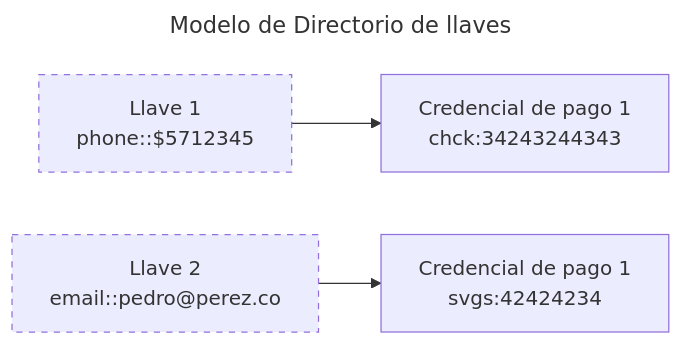
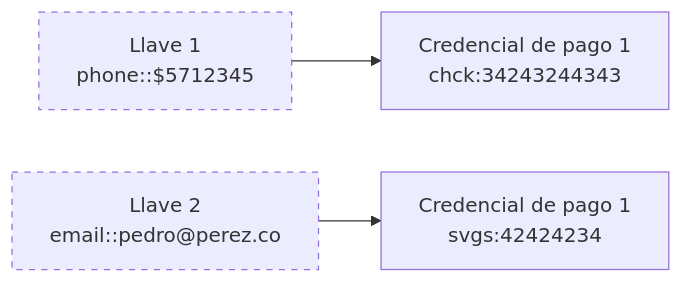
One commit to dom-minka/docs changed the first of 2 diagrams in es/v1.5.0/directory/about/about-signers.mdx. Above: the diagram before and after it, drawn with Mermaid. The commit also changed other lines of this file, not shown here.

Commit message:
keys update

````diff
--- a/es/v1.5.0/directory/about/about-signers.mdx
+++ b/es/v1.5.0/directory/about/about-signers.mdx
@@ -17,10 +19,7 @@
-```mermaid
----
-title: Modelo de Directorio de llaves
----
-flowchart LR
-  classDef alias stroke-dasharray: 5 5;
+        ```mermaid
+        flowchart LR
+        classDef alias stroke-dasharray: 5 5;
 
-  A1[Llave 1<br>phone::$5712345]:::alias --> K1[Credencial de pago 1<br>chck:34243244343]
-  A2[Llave 2<br>email::pedro#8203;@perez.co]:::alias --> K2[Credencial de pago 1<br>svgs:42424234]
-```
+        A1[Llave 1<br>phone::$5712345]:::alias --> K1[Credencial de pago 1<br>chck:34243244343]
+        A2[Llave 2<br>email::pedro#8203;@perez.co]:::alias --> K2[Credencial de pago 1<br>svgs:42424234]
+        ```
````
